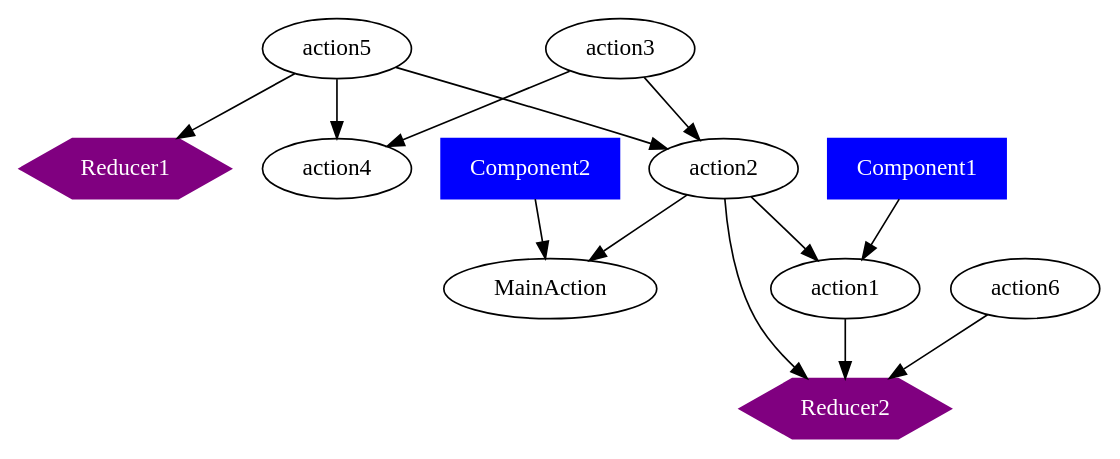
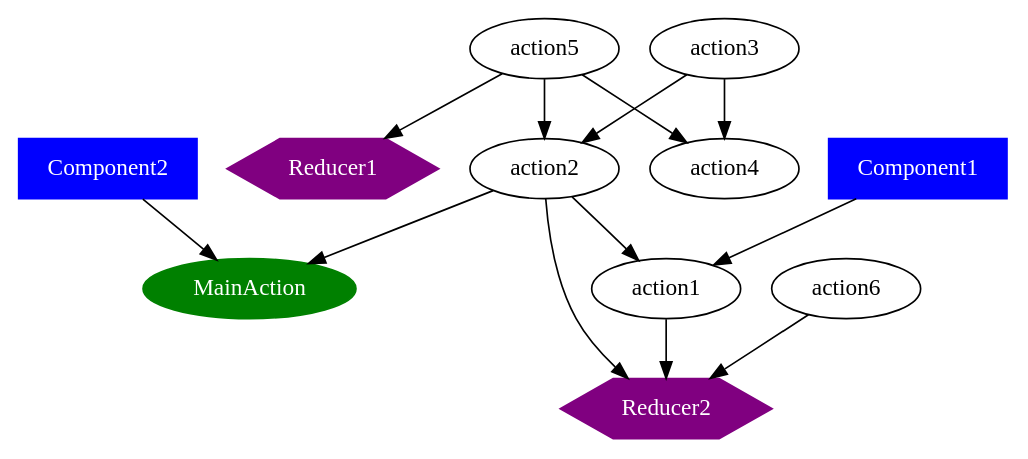
One commit to ammarnajjar/ngrx-graph changed the diagram in docs/example.dot. Above: the diagram before and after it, drawn with Graphviz. The commit also changed 1 other file, not shown here.

```diff
--- a/docs/example.dot
+++ b/docs/example.dot
@@ -1,19 +1,20 @@
 digraph {
+MainAction [color=green, fillcolor=green, fontcolor=white, style=filled]
 Component1 [shape="box", color=blue, fillcolor=blue, fontcolor=white, style=filled]
           Component1 -> action1
 Component2 [shape="box", color=blue, fillcolor=blue, fontcolor=white, style=filled]
           Component2 -> MainAction
 Reducer1 [shape="hexagon", color=purple, fillcolor=purple, fontcolor=white, style=filled]
               action5 -> Reducer1
 Reducer2 [shape="hexagon", color=purple, fillcolor=purple, fontcolor=white, style=filled]
               action6 -> Reducer2
 Reducer2 [shape="hexagon", color=purple, fillcolor=purple, fontcolor=white, style=filled]
               action2 -> Reducer2
 Reducer2 [shape="hexagon", color=purple, fillcolor=purple, fontcolor=white, style=filled]
               action1 -> Reducer2
 MainAction
 action2 -> action1
 action2 -> MainAction
 action3,action5 -> action4
 action3,action5 -> action2
 }
```
